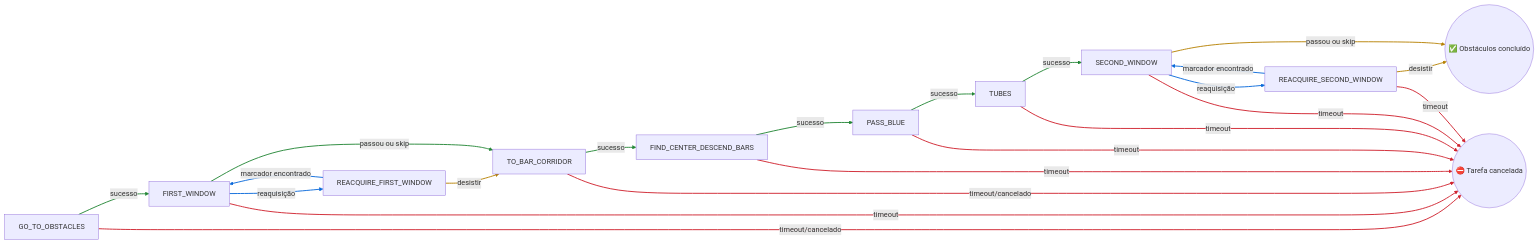
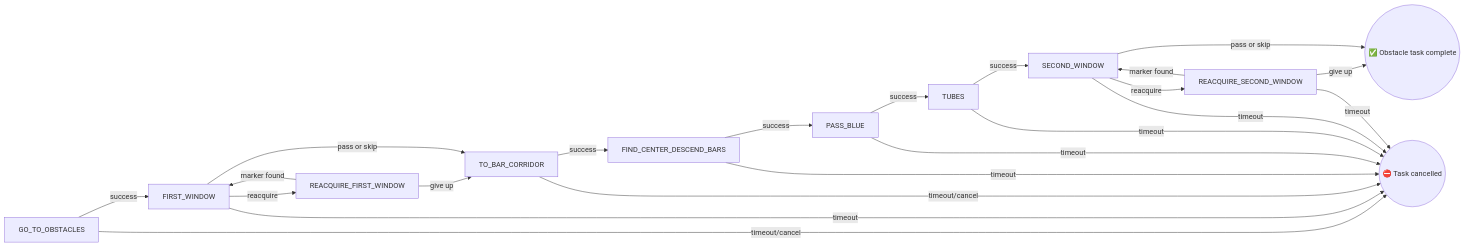
The third of 7 diagrams in indoor/README.md (Black-Bee-Drones/imav-2026), drawn with Mermaid before and after one commit. The commit also changed other lines of this file and 13 other files, not shown here.

````diff
--- a/indoor/README.md
+++ b/indoor/README.md
@@ -172,29 +161,24 @@
 ```mermaid
 flowchart LR
-    A[GO_TO_OBSTACLES] -->|sucesso| B[FIRST_WINDOW]
-    B -->|reaquisição| C[REACQUIRE_FIRST_WINDOW]
-    C -->|marcador encontrado| B
-    C -->|desistir| D[TO_BAR_CORRIDOR]
-    B -->|passou ou skip| D
-    D -->|sucesso| E[FIND_CENTER_DESCEND_BARS]
-    E -->|sucesso| F[PASS_BLUE]
-    F -->|sucesso| G[TUBES]
-    G -->|sucesso| H[SECOND_WINDOW]
-    H -->|reaquisição| I[REACQUIRE_SECOND_WINDOW]
-    I -->|marcador encontrado| H
-    I -->|desistir| J((✅ Obstáculos concluído))
-    H -->|passou ou skip| J
-    A -->|timeout/cancelado| X((⛔ Tarefa cancelada))
+    A[GO_TO_OBSTACLES] -->|success| B[FIRST_WINDOW]
+    B -->|reacquire| C[REACQUIRE_FIRST_WINDOW]
+    C -->|marker found| B
+    C -->|give up| D[TO_BAR_CORRIDOR]
+    B -->|pass or skip| D
+    D -->|success| E[FIND_CENTER_DESCEND_BARS]
+    E -->|success| F[PASS_BLUE]
+    F -->|success| G[TUBES]
+    G -->|success| H[SECOND_WINDOW]
+    H -->|reacquire| I[REACQUIRE_SECOND_WINDOW]
+    I -->|marker found| H
+    I -->|give up| J((✅ Obstacle task complete))
+    H -->|pass or skip| J
+    A -->|timeout/cancel| X((⛔ Task cancelled))
     B -->|timeout| X
-    D -->|timeout/cancelado| X
+    D -->|timeout/cancel| X
     E -->|timeout| X
     F -->|timeout| X
     G -->|timeout| X
     H -->|timeout| X
     I -->|timeout| X
-
-    linkStyle 0,4,5,6,7,8 stroke:#238636,stroke-width:2px
-    linkStyle 1,2,9,10 stroke:#0969da,stroke-width:2px
-    linkStyle 3,11,12 stroke:#b78103,stroke-width:2px
-    linkStyle 13,14,15,16,17,18,19,20 stroke:#cf222e,stroke-width:2px
 ```
````
